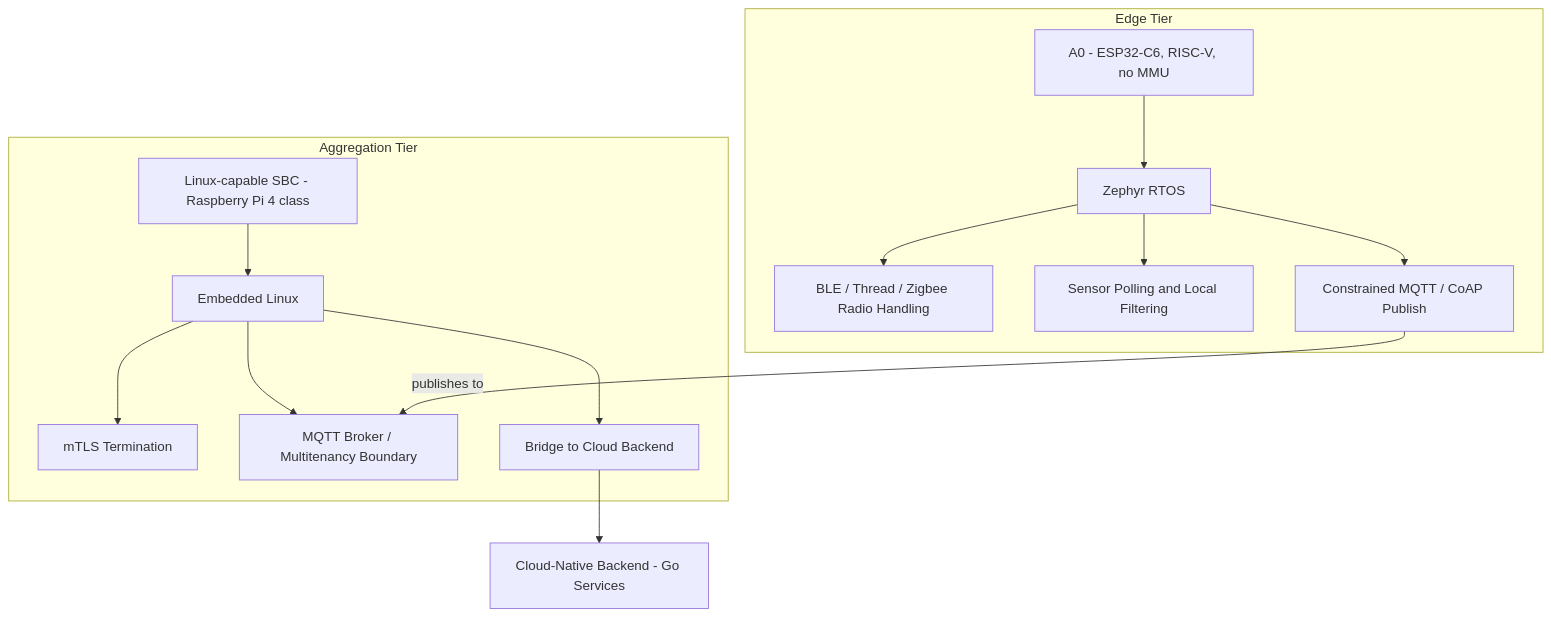
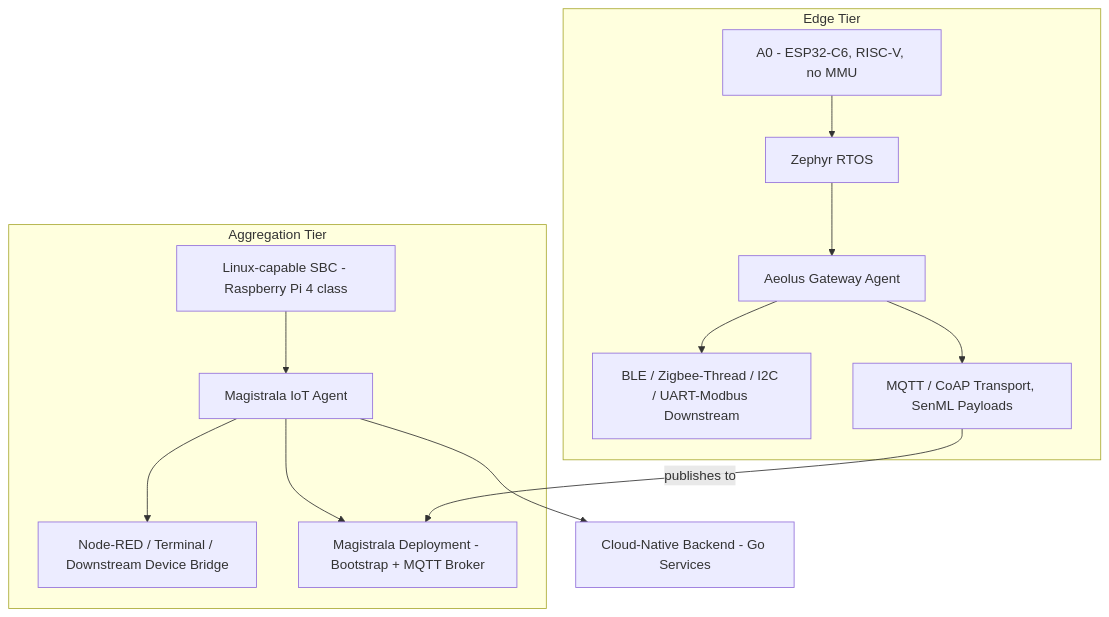
The first of 2 diagrams in src/content/blogs/zephyr-rtos-vs-linux-iot-gateway-a0.md (absmach/website), drawn with Mermaid before and after one commit. The commit also changed other lines of this file, not shown here.

Commit message:
Correct blog to reference real Aeolus/Magistrala Agent stack, not generic scratch build

````diff
--- a/src/content/blogs/zephyr-rtos-vs-linux-iot-gateway-a0.md
+++ b/src/content/blogs/zephyr-rtos-vs-linux-iot-gateway-a0.md
@@ -46,21 +47,21 @@
 ```mermaid
 flowchart TD
     subgraph EdgeTier[Edge Tier]
         A0[A0 - ESP32-C6, RISC-V, no MMU]
         Zephyr[Zephyr RTOS]
+        Aeolus[Aeolus Gateway Agent]
         A0 --> Zephyr
-        Zephyr --> BLE[BLE / Thread / Zigbee Radio Handling]
-        Zephyr --> Sensors[Sensor Polling and Local Filtering]
-        Zephyr --> MQTTEdge[Constrained MQTT / CoAP Publish]
+        Zephyr --> Aeolus
+        Aeolus --> BLE[BLE / Zigbee-Thread / I2C / UART-Modbus Downstream]
+        Aeolus --> MQTTEdge[MQTT / CoAP Transport, SenML Payloads]
     end
     subgraph AggTier[Aggregation Tier]
         SBC[Linux-capable SBC - Raspberry Pi 4 class]
-        Linux[Embedded Linux]
-        SBC --> Linux
-        Linux --> TLS[mTLS Termination]
-        Linux --> Broker[MQTT Broker / Multitenancy Boundary]
-        Linux --> Bridge[Bridge to Cloud Backend]
+        MagAgent[Magistrala IoT Agent]
+        SBC --> MagAgent
+        MagAgent --> NodeRED[Node-RED / Terminal / Downstream Device Bridge]
+        MagAgent --> Broker[Magistrala Deployment - Bootstrap + MQTT Broker]
     end
     MQTTEdge -->|publishes to| Broker
-    Bridge --> Cloud[Cloud-Native Backend - Go Services]
+    MagAgent --> Cloud[Cloud-Native Backend - Go Services]
 ```
````
